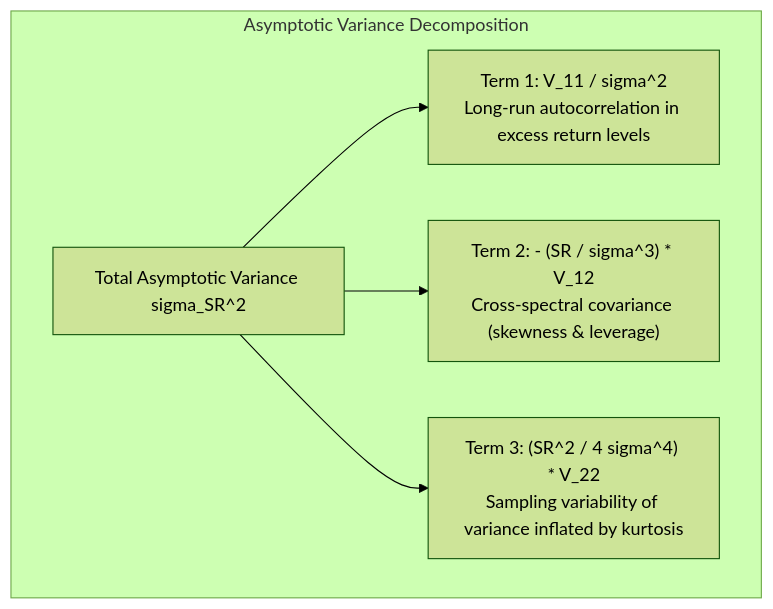
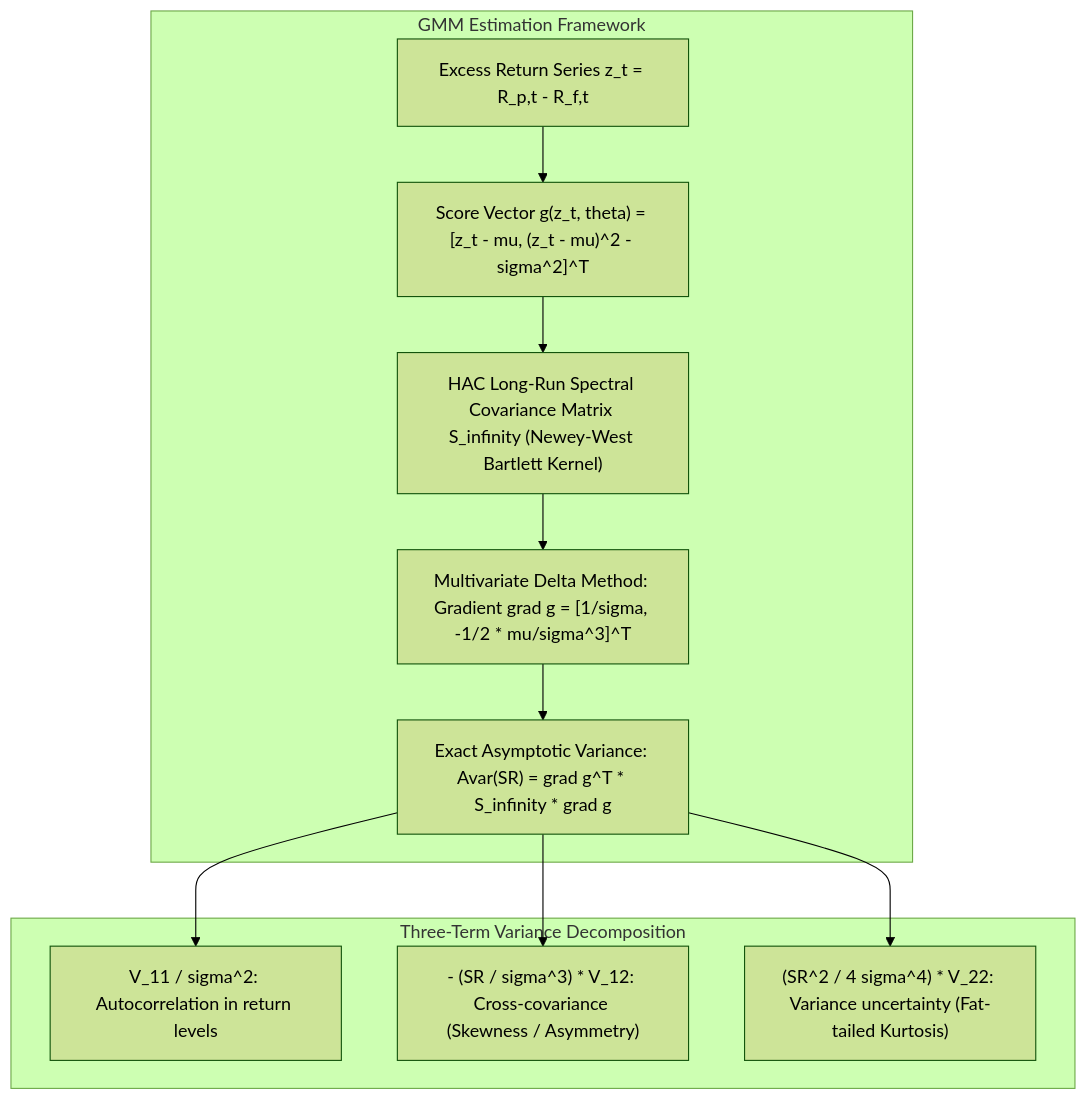
The fifth of 6 diagrams in README.md (2k25it2514261-cloud/alphaniti), drawn with Mermaid (forest theme) before and after one commit. The commit also changed other lines of this file, not shown here.

````diff
--- a/README.md
+++ b/README.md
@@ -203,9 +241,15 @@
 ```mermaid
 graph TD
-    subgraph Asymptotic Variance Decomposition
-        A["Total Asymptotic Variance sigma_SR^2"]
-        A --> T1["Term 1: V_11 / sigma^2<br>Long-run autocorrelation in excess return levels"]
-        A --> T2["Term 2: - (SR / sigma^3) * V_12<br>Cross-spectral covariance (skewness & leverage)"]
-        A --> T3["Term 3: (SR^2 / 4 sigma^4) * V_22<br>Sampling variability of variance inflated by kurtosis"]
+    subgraph GMM Estimation Framework
+        Z["Excess Return Series z_t = R_p,t - R_f,t"] --> G["Score Vector g(z_t, theta) = [z_t - mu, (z_t - mu)^2 - sigma^2]^T"]
+        G --> S["HAC Long-Run Spectral Covariance Matrix S_infinity (Newey-West Bartlett Kernel)"]
+        S --> Delta["Multivariate Delta Method: Gradient grad g = [1/sigma, -1/2 * mu/sigma^3]^T"]
+        Delta --> Avar["Exact Asymptotic Variance: Avar(SR) = grad g^T * S_infinity * grad g"]
+    end
+
+    subgraph Three-Term Variance Decomposition
+        Avar --> T1["V_11 / sigma^2: Autocorrelation in return levels"]
+        Avar --> T2["- (SR / sigma^3) * V_12: Cross-covariance (Skewness / Asymmetry)"]
+        Avar --> T3["(SR^2 / 4 sigma^4) * V_22: Variance uncertainty (Fat-tailed Kurtosis)"]
     end
 ```
````
